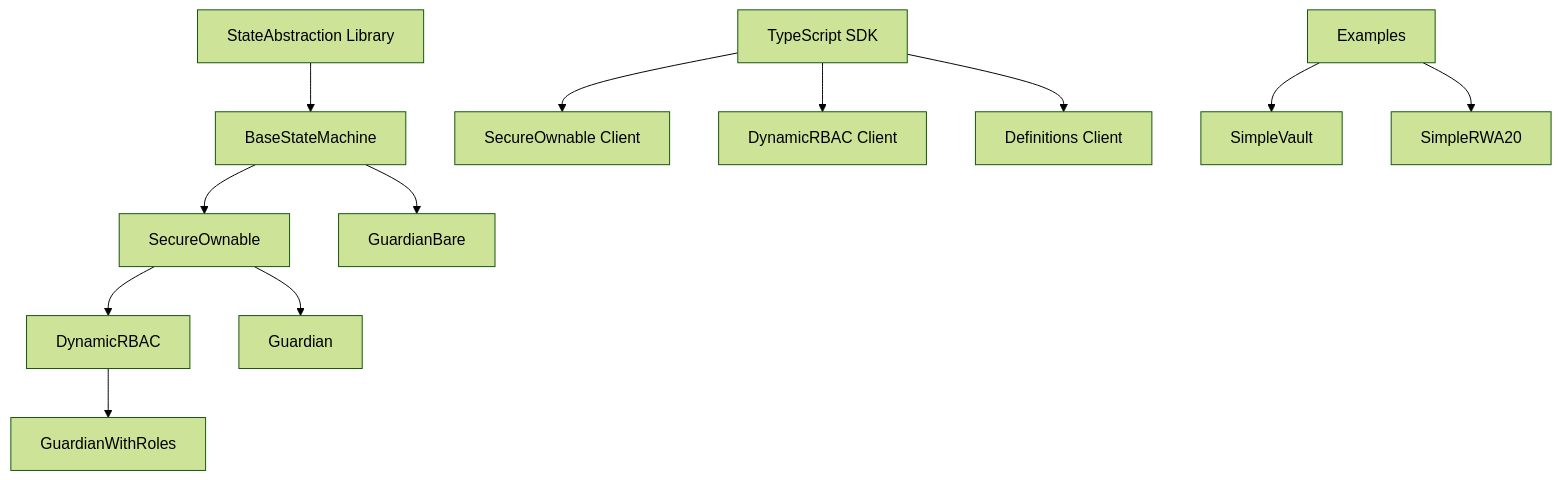
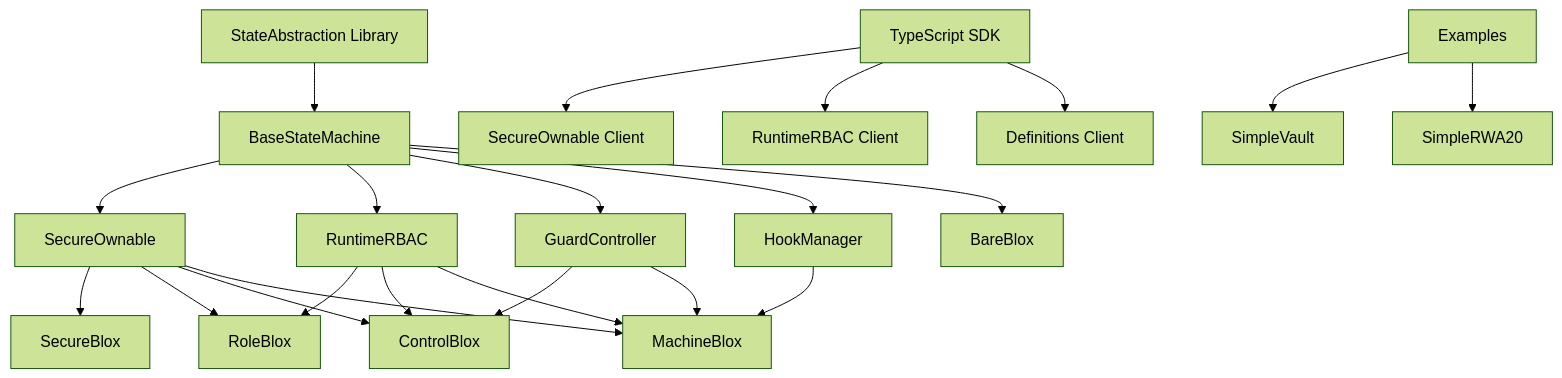
One commit to PracticalParticle/Bloxchain-Protocol changed the diagram in README.md. Above: the diagram before and after it, drawn with Mermaid (forest theme). The commit also changed other lines of this file and 4 other files, not shown here.

````diff
--- a/README.md
+++ b/README.md
@@ -34,16 +34,27 @@
 ```mermaid
 graph TB
     A[StateAbstraction Library] --> B[BaseStateMachine]
     B --> C[SecureOwnable]
-    C --> D[DynamicRBAC]
-    C --> E[Guardian]
-    B --> F[GuardianBare]
-    D --> G[GuardianWithRoles]
+    B --> D[RuntimeRBAC]
+    B --> E[GuardController]
+    B --> F[HookManager]
     
-    H[TypeScript SDK] --> I[SecureOwnable Client]
-    H --> J[DynamicRBAC Client]
-    H --> K[Definitions Client]
+    C --> G[SecureBlox]
+    D --> H[RoleBlox]
+    C --> H
+    E --> I[ControlBlox]
+    D --> I
+    C --> I
+    E --> J[MachineBlox]
+    D --> J
+    C --> J
+    F --> J
+    B --> K[BareBlox]
     
-    L[Examples] --> M[SimpleVault]
-    L --> N[SimpleRWA20]
+    L[TypeScript SDK] --> M[SecureOwnable Client]
+    L --> N[RuntimeRBAC Client]
+    L --> O[Definitions Client]
+    
+    P[Examples] --> Q[SimpleVault]
+    P --> R[SimpleRWA20]
 ```
````
